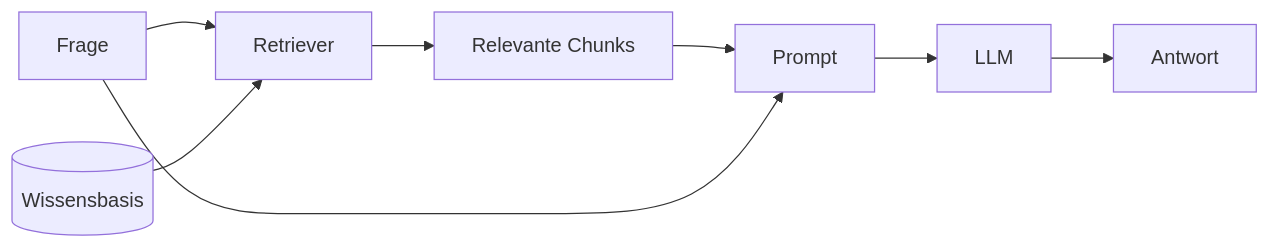
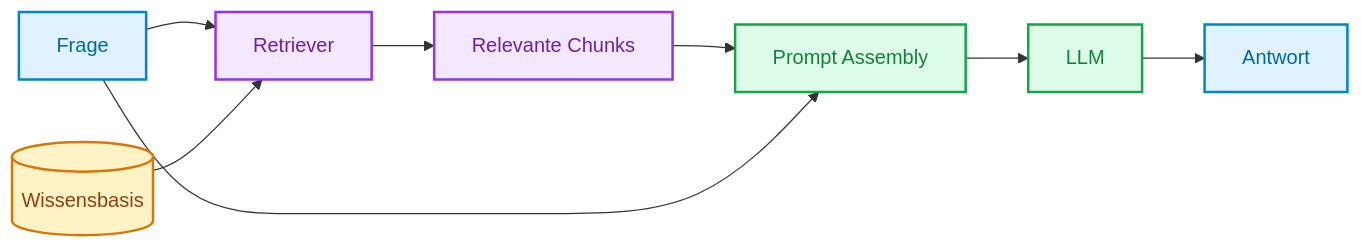
One commit to ralf-42/Agenten changed the first of 2 diagrams in docs/04-agenten-implementierung/kontext-wissen/long-context-cag.md. Above: the diagram before and after it, drawn with Mermaid. The commit also changed other lines of this file and 2 other files, not shown here.

````diff
--- a/docs/04-agenten-implementierung/kontext-wissen/long-context-cag.md
+++ b/docs/04-agenten-implementierung/kontext-wissen/long-context-cag.md
@@ -66,10 +66,26 @@
 ```mermaid
 flowchart LR
-    Q[Frage] --> R[Retriever]
-    KB[(Wissensbasis)] --> R
-    R --> C[Relevante Chunks]
-    C --> P[Prompt]
+    %% Definition der Farbklassen
+    classDef input fill:#e0f2fe,stroke:#0284c7,stroke-width:2px,color:#0369a1;
+    classDef storage fill:#fef3c7,stroke:#d97706,stroke-width:2px,color:#92400e;
+    classDef retrieval fill:#f3e8ff,stroke:#9333ea,stroke-width:2px,color:#6b21a8;
+    classDef generation fill:#dcfce7,stroke:#16a34a,stroke-width:2px,color:#15803d;
+
+    %% Knoten
+    Q[Frage]:::input
+    KB[(Wissensbasis)]:::storage
+    R[Retriever]:::retrieval
+    C[Relevante Chunks]:::retrieval
+    P[Prompt Assembly]:::generation
+    LLM[LLM]:::generation
+    A[Antwort]:::input
+
+    %% Kanten
+    Q --> R
+    KB --> R
+    R --> C
+    C --> P
     Q --> P
-    P --> LLM[LLM]
-    LLM --> A[Antwort]
+    P --> LLM
+    LLM --> A
 ```
````
